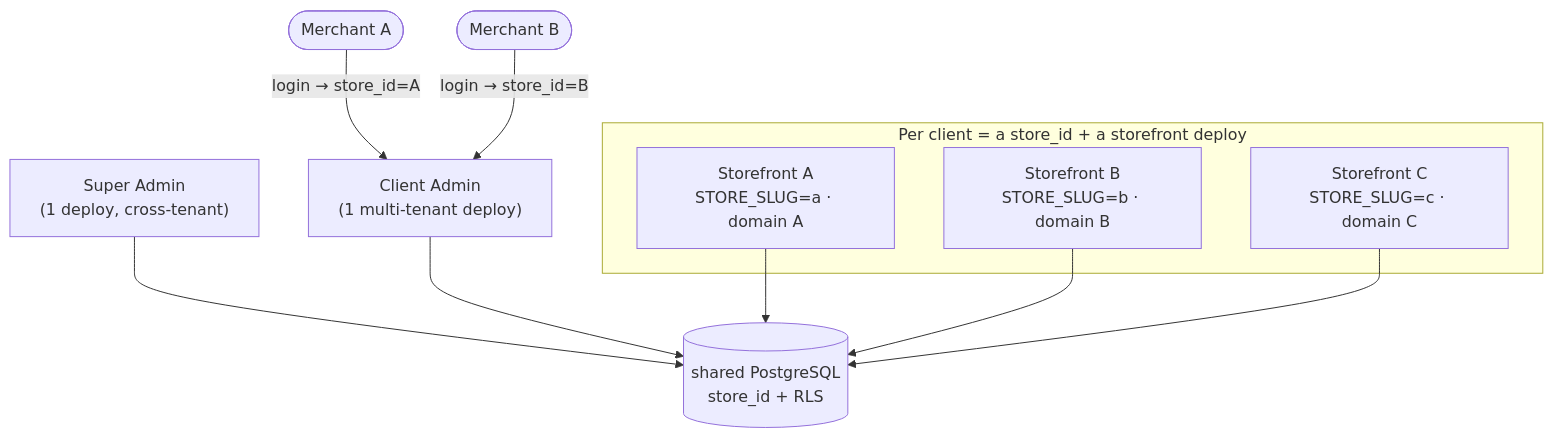
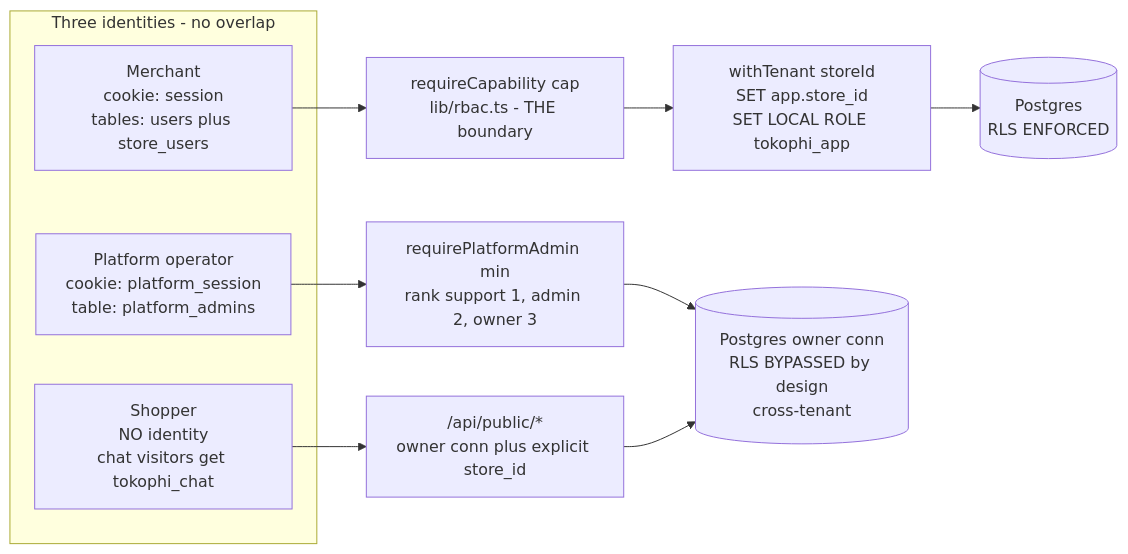
One commit to ongkipro/tokophi changed the seventh of 8 diagrams in specs/docs/UML.md. Above: the diagram before and after it, drawn with Mermaid. The commit also changed other lines of this file and 9 other files, not shown here.

````diff
--- a/specs/docs/UML.md
+++ b/specs/docs/UML.md
@@ -385,15 +444,18 @@
 ```mermaid
-graph TB
-  Super["Super Admin<br/>(1 deploy, cross-tenant)"] --> DB[("shared PostgreSQL<br/>store_id + RLS")]
-  Admin["Client Admin<br/>(1 multi-tenant deploy)"] --> DB
-  subgraph Clients["Per client = a store_id + a storefront deploy"]
-    A["Storefront A<br/>STORE_SLUG=a · domain A"]
-    B["Storefront B<br/>STORE_SLUG=b · domain B"]
-    C["Storefront C<br/>STORE_SLUG=c · domain C"]
-  end
-  A --> DB
-  B --> DB
-  C --> DB
-  MA([Merchant A]) -->|login → store_id=A| Admin
-  MB([Merchant B]) -->|login → store_id=B| Admin
+graph LR
+    subgraph ids["Three identities - no overlap"]
+        M["Merchant<br/>cookie: session<br/>tables: users plus store_users"]
+        P["Platform operator<br/>cookie: platform_session<br/>table: platform_admins"]
+        S["Shopper<br/>NO identity<br/>chat visitors get tokophi_chat"]
+    end
+
+    M --> RBAC["requireCapability cap<br/>lib/rbac.ts - THE boundary"]
+    RBAC --> TEN["withTenant storeId<br/>SET app.store_id<br/>SET LOCAL ROLE tokophi_app"]
+    TEN --> PGA[("Postgres<br/>RLS ENFORCED")]
+
+    P --> PROLE["requirePlatformAdmin min<br/>rank support 1, admin 2, owner 3"]
+    PROLE --> OWNER[("Postgres owner conn<br/>RLS BYPASSED by design<br/>cross-tenant")]
+
+    S --> PUB["/api/public/*<br/>owner conn plus explicit store_id"]
+    PUB --> OWNER
 ```
````
